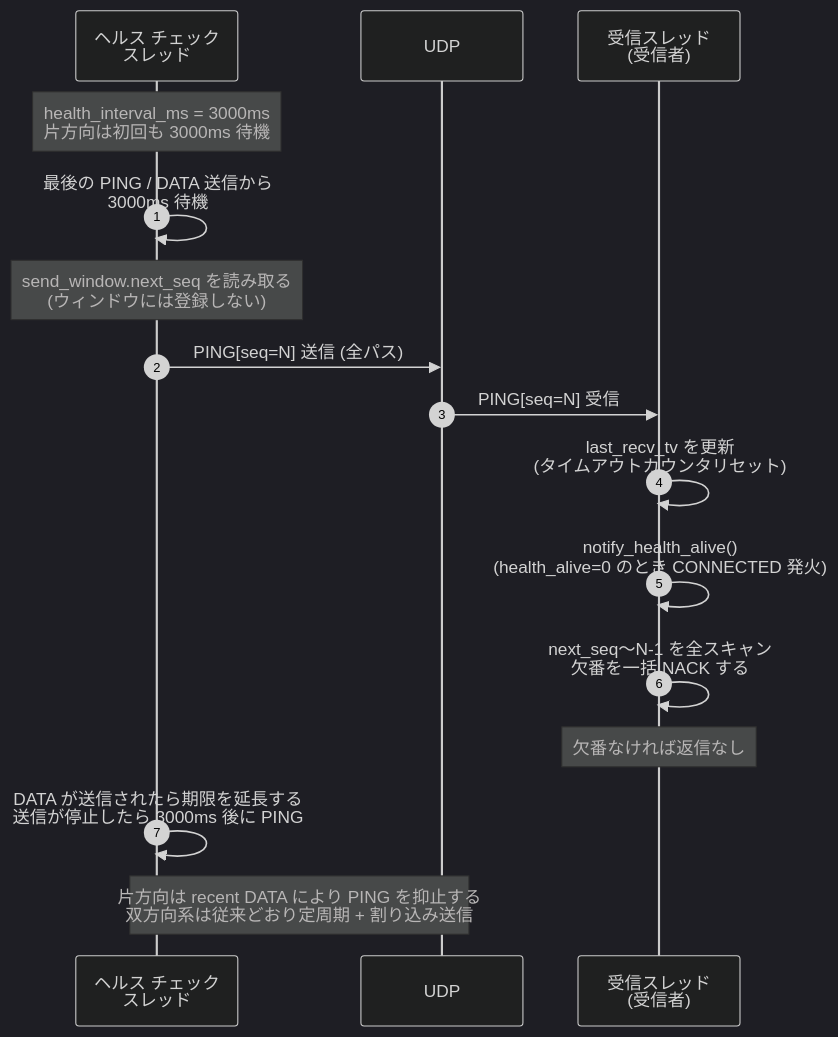
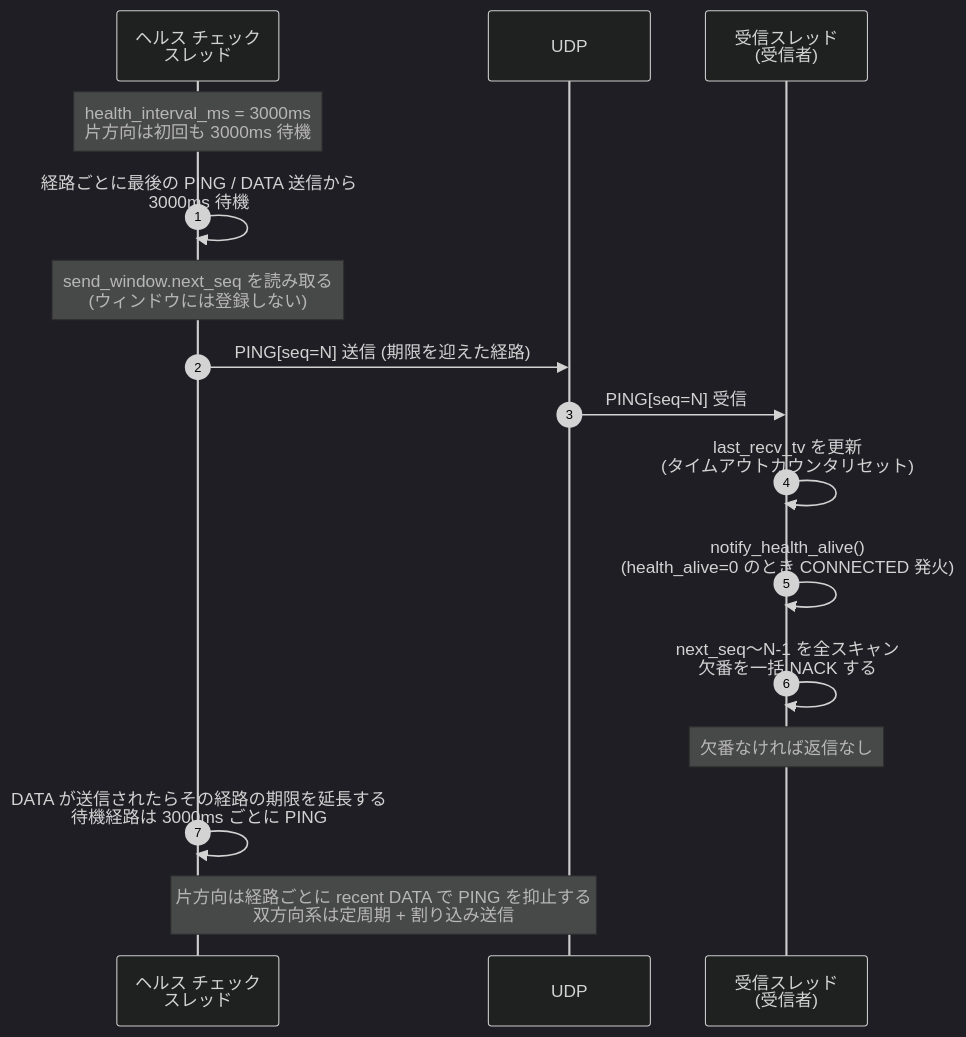
Before and after one commit to Hondarer/app_porter: the first of 3 diagrams in docs/sequence-health.md, drawn with Mermaid (dark theme). The commit also changed other lines of this file and 170 other files, not shown here.

````diff
--- a/docs/sequence-health.md
+++ b/docs/sequence-health.md
@@ -20,23 +20,23 @@
 ```mermaid
 sequenceDiagram
     autonumber
     participant HT as ヘルス チェック<br>スレッド
     participant UDP as UDP
     participant RRT as 受信スレッド<br>(受信者)
 
     Note over HT: health_interval_ms = 3000ms<br>片方向は初回も 3000ms 待機
 
-    HT->>HT: 最後の PING / DATA 送信から<br>3000ms 待機
+    HT->>HT: 経路ごとに最後の PING / DATA 送信から<br>3000ms 待機
     Note over HT: send_window.next_seq を読み取る<br>(ウィンドウには登録しない)
-    HT->>UDP: PING[seq=N] 送信 (全パス)
+    HT->>UDP: PING[seq=N] 送信 (期限を迎えた経路)
 
     UDP->>RRT: PING[seq=N] 受信
     RRT->>RRT: last_recv_tv を更新<br>(タイムアウトカウンタリセット)
     RRT->>RRT: notify_health_alive()<br>(health_alive=0 のとき CONNECTED 発火)
     RRT->>RRT: next_seq〜N-1 を全スキャン<br>欠番を一括 NACK する
     Note over RRT: 欠番なければ返信なし
 
-    HT->>HT: DATA が送信されたら期限を延長する<br>送信が停止したら 3000ms 後に PING
+    HT->>HT: DATA が送信されたらその経路の期限を延長する<br>待機経路は 3000ms ごとに PING
 
-    Note over HT, UDP: 片方向は recent DATA により PING を抑止する<br>双方向系は従来どおり定周期 + 割り込み送信
+    Note over HT, UDP: 片方向は経路ごとに recent DATA で PING を抑止する<br>双方向系は定周期 + 割り込み送信
 ```
````
